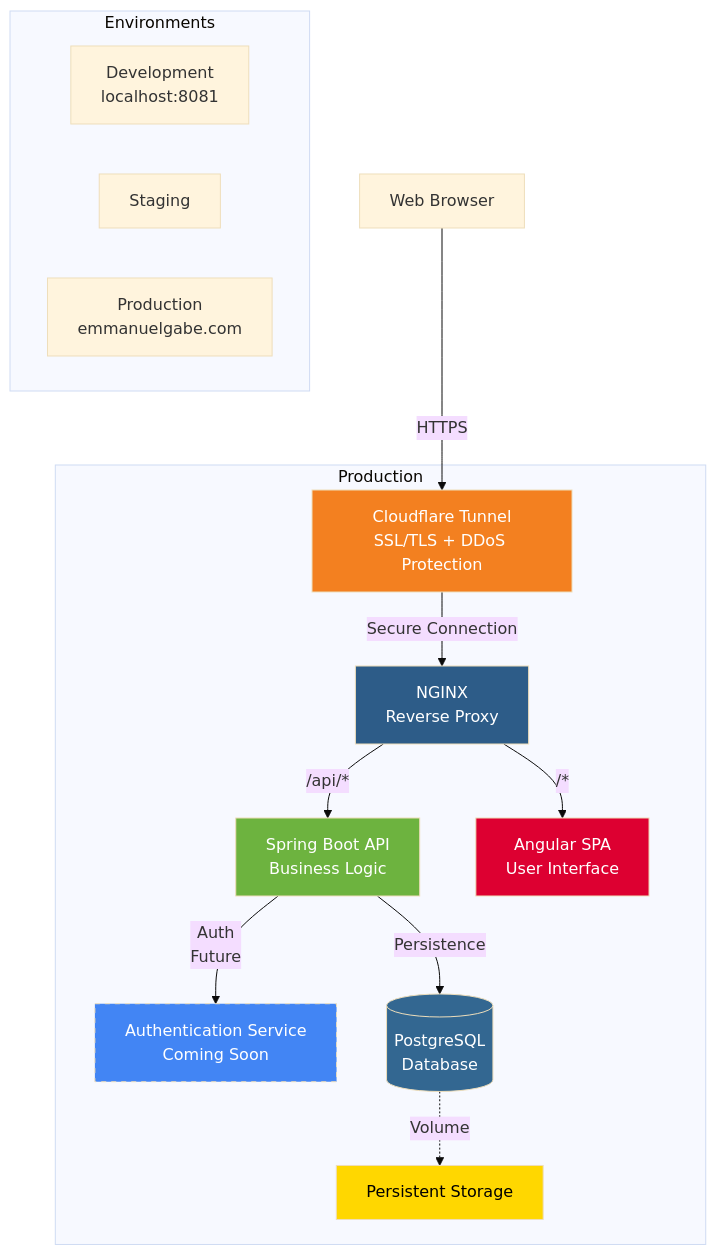
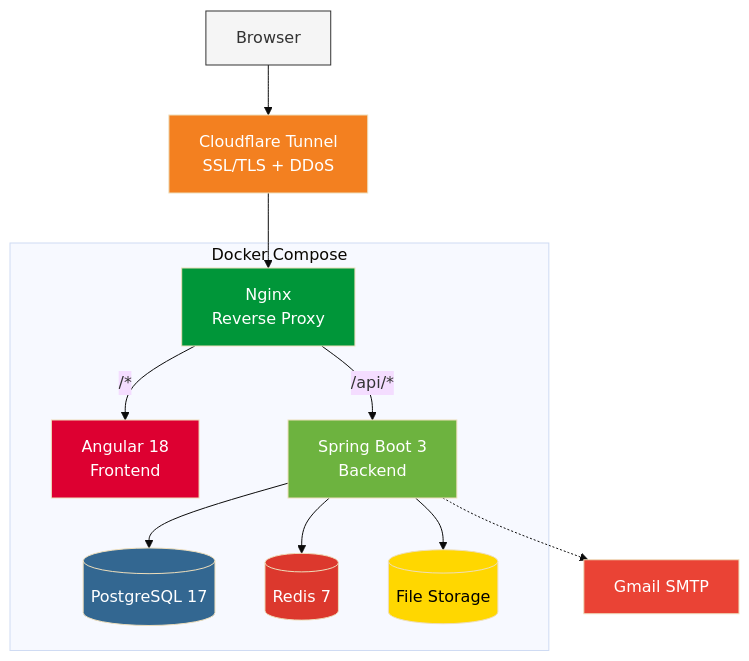
Before and after one commit to emmanuelgabe/portfolio: the diagram in README.md, drawn with Mermaid (base theme). The commit also changed other lines of this file and 1 other file, not shown here.

````diff
--- a/README.md
+++ b/README.md
@@ -57,41 +34,32 @@
 ```mermaid
-graph TB
-    User[Web Browser]
+flowchart TB
+    User["Browser"] --> CF["Cloudflare Tunnel<br/>SSL/TLS + DDoS"]
+    CF --> NGINX["Nginx<br/>Reverse Proxy"]
 
-    User -->|HTTPS| CF[Cloudflare Tunnel<br/>SSL/TLS + DDoS Protection]
+    NGINX --> |"/*"| FE["Angular 18<br/>Frontend"]
+    NGINX --> |"/api/*"| BE["Spring Boot 3<br/>Backend"]
 
-    CF -->|Secure Connection| NGINX[NGINX<br/>Reverse Proxy]
+    BE --> DB[("PostgreSQL 17")]
+    BE --> Redis[("Redis 7")]
+    BE --> Storage[("File Storage")]
+    BE -.-> Mail["Gmail SMTP"]
 
-    NGINX -->|/api/*| Backend[Spring Boot API<br/>Business Logic]
-    NGINX -->|/*| Frontend[Angular SPA<br/>User Interface]
-
-    Backend -->|Auth<br/>Future| Auth[Authentication Service<br/>Coming Soon]
-    Backend -->|Persistence| DB[(PostgreSQL<br/>Database)]
-
-    DB -.->|Volume| Storage[Persistent Storage]
-
-    subgraph Production
-        CF
+    subgraph Docker["Docker Compose"]
         NGINX
-        Frontend
-        Backend
-        Auth
+        FE
+        BE
         DB
+        Redis
         Storage
     end
 
-    subgraph Environments
-        direction LR
-        Dev[Development<br/>localhost:8081]
-        Staging[Staging<br/>]
-        Prod[Production<br/>emmanuelgabe.com]
-    end
-
+    style User fill:#f5f5f5,stroke:#333
     style CF fill:#f38020,color:#fff
-    style NGINX fill:#2d5c88,color:#fff
-    style Backend fill:#6db33f,color:#fff
-    style Frontend fill:#dd0031,color:#fff
+    style NGINX fill:#009639,color:#fff
+    style FE fill:#dd0031,color:#fff
+    style BE fill:#6db33f,color:#fff
     style DB fill:#336791,color:#fff
-    style Auth fill:#4285f4,color:#fff,stroke-dasharray: 5 5
+    style Redis fill:#dc382d,color:#fff
     style Storage fill:#ffd700,color:#000
+    style Mail fill:#ea4335,color:#fff
 ```
````
